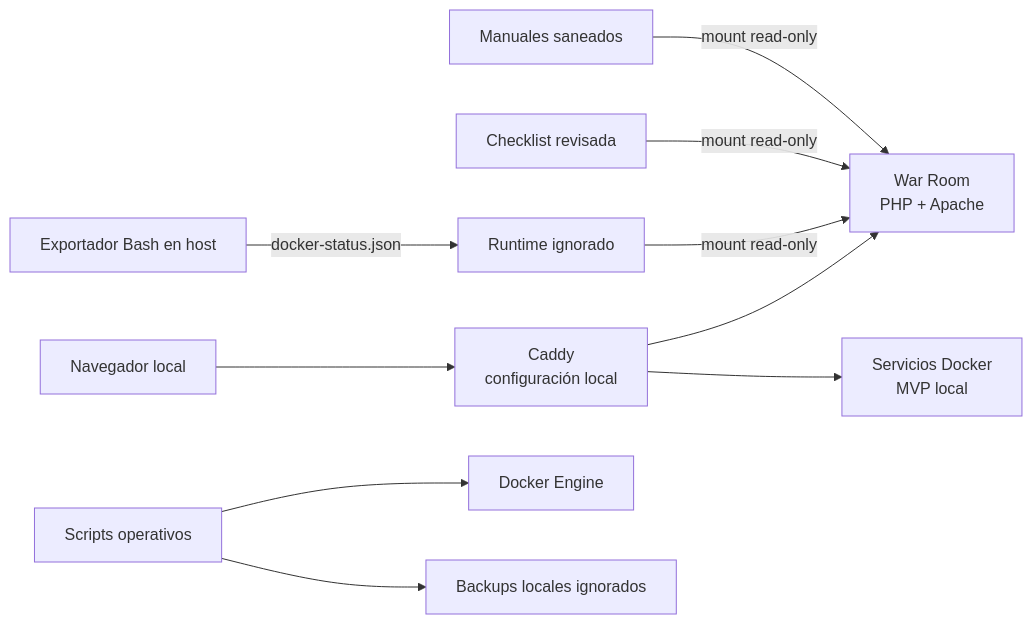
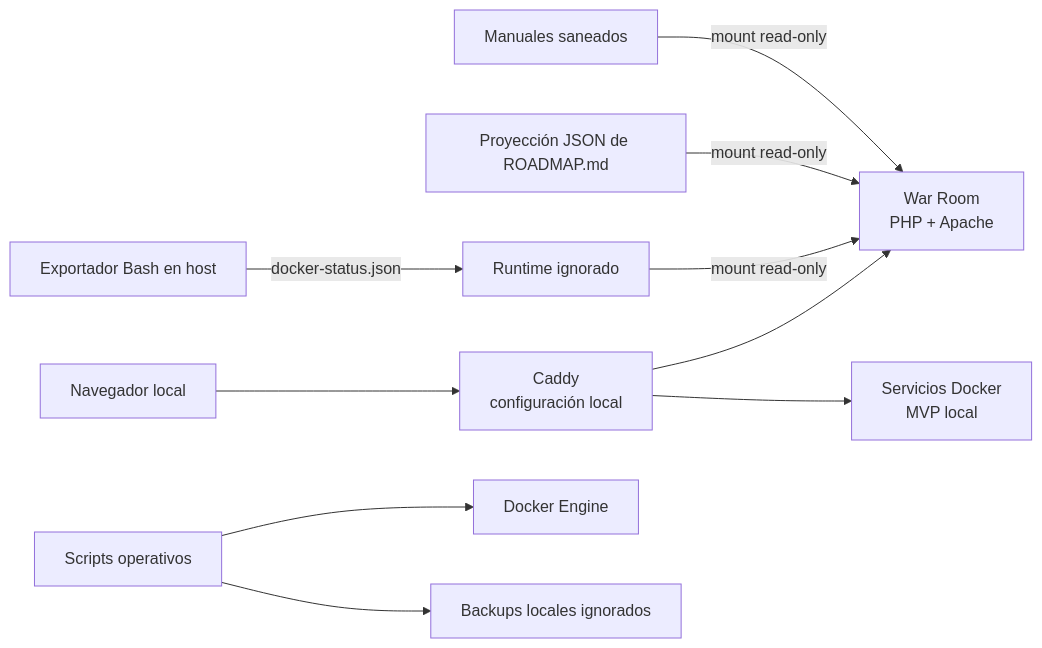
One commit to BasilioLagares/HomeLab changed the diagram in README.md. Above: the diagram before and after it, drawn with Mermaid. The commit also changed other lines of this file and 11 other files, not shown here.

````diff
--- a/README.md
+++ b/README.md
@@ -63,12 +63,12 @@
 ```mermaid
 flowchart LR
     Browser[Navegador local] --> Proxy[Caddy\nconfiguración local]
     Proxy --> WarRoom[War Room\nPHP + Apache]
     Proxy --> Services[Servicios Docker\nMVP local]
     Exporter[Exportador Bash en host] -->|docker-status.json| Runtime[Runtime ignorado]
     Runtime -->|mount read-only| WarRoom
-    State[Checklist revisada] -->|mount read-only| WarRoom
+    State[Proyección JSON de ROADMAP.md] -->|mount read-only| WarRoom
     Manuals[Manuales saneados] -->|mount read-only| WarRoom
     Scripts[Scripts operativos] --> Docker[Docker Engine]
     Scripts --> Backups[Backups locales ignorados]
 ```
````
